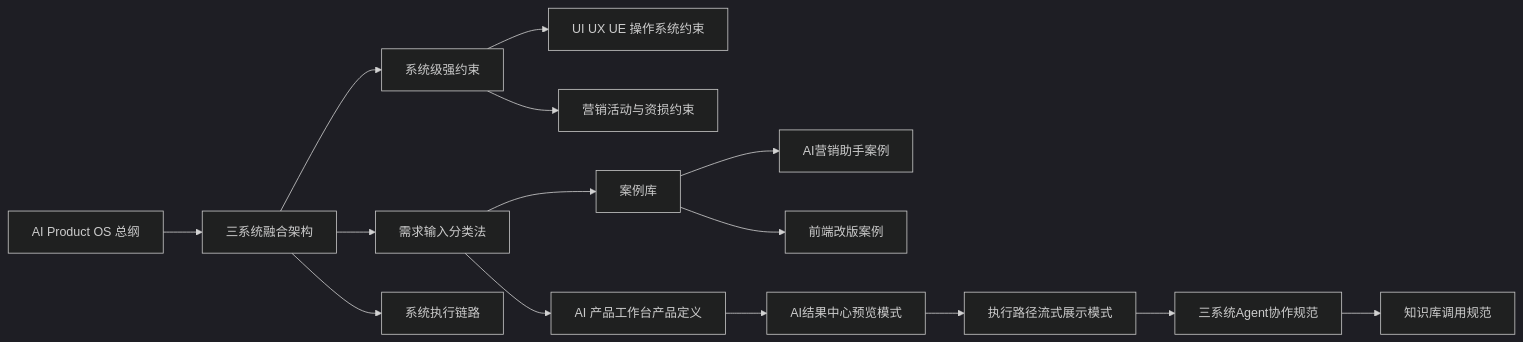
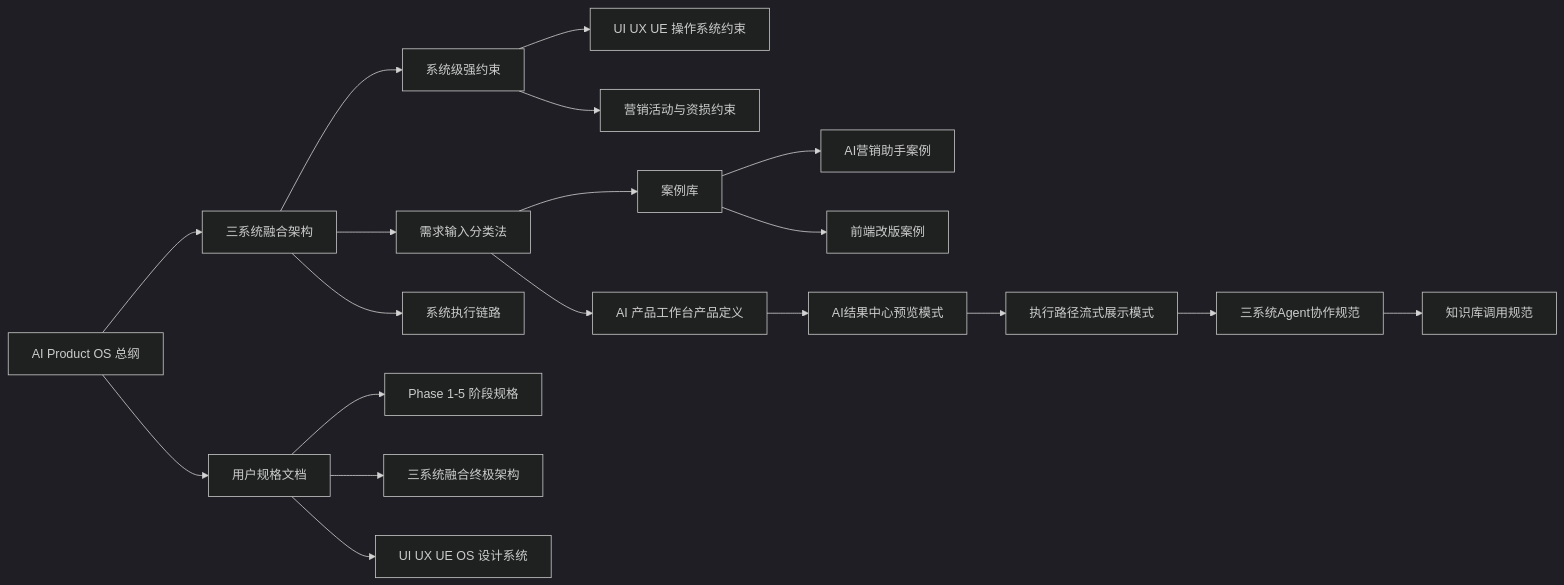
One commit to harrylee-bot/ai-product-workbench changed the diagram in knowledge-vault/00-系统说明/AI Product OS 知识图谱.md. Above: the diagram before and after it, drawn with Mermaid (dark theme). The commit also changed other lines of this file and 15 other files, not shown here.

````diff
--- a/knowledge-vault/00-系统说明/AI Product OS 知识图谱.md
+++ b/knowledge-vault/00-系统说明/AI Product OS 知识图谱.md
@@ -20,17 +20,21 @@
 ```mermaid
 graph LR
     OS[AI Product OS 总纲] --> Fusion[三系统融合架构]
     Fusion --> Constraint[系统级强约束]
     Fusion --> Decision[需求输入分类法]
     Fusion --> Evolution[系统执行链路]
     Constraint --> UI[UI UX UE 操作系统约束]
     Constraint --> Risk[营销活动与资损约束]
     Decision --> Product[AI 产品工作台产品定义]
     Decision --> Cases[案例库]
     Cases --> AICase[AI营销助手案例]
     Cases --> FrontCase[前端改版案例]
     Product --> Preview[AI结果中心预览模式]
     Preview --> Stream[执行路径流式展示模式]
     Stream --> Agent[三系统Agent协作规范]
     Agent --> KnowledgeCall[知识库调用规范]
+    OS --> Spec[用户规格文档]
+    Spec --> Phase[Phase 1-5 阶段规格]
+    Spec --> FusionSpec[三系统融合终极架构]
+    Spec --> UISpec[UI UX UE OS 设计系统]
 ```
````
